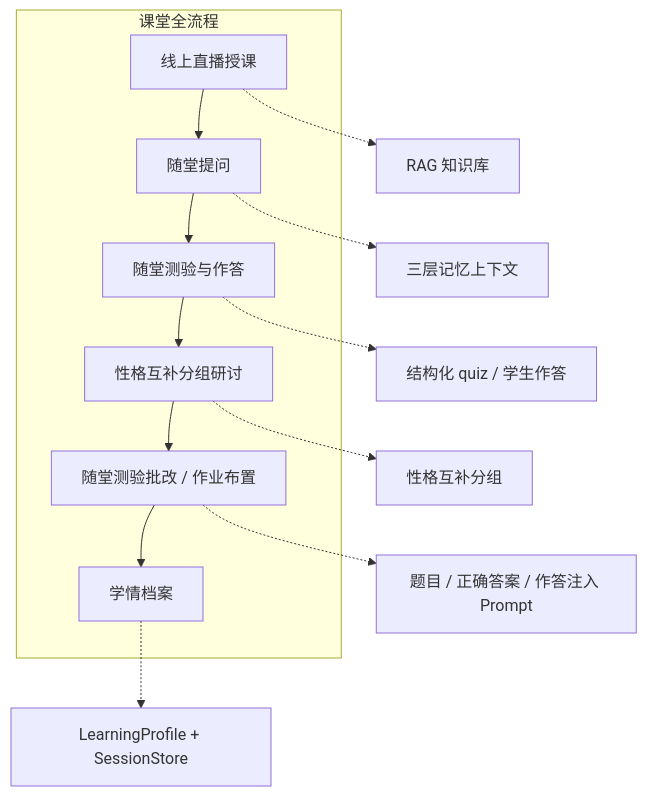
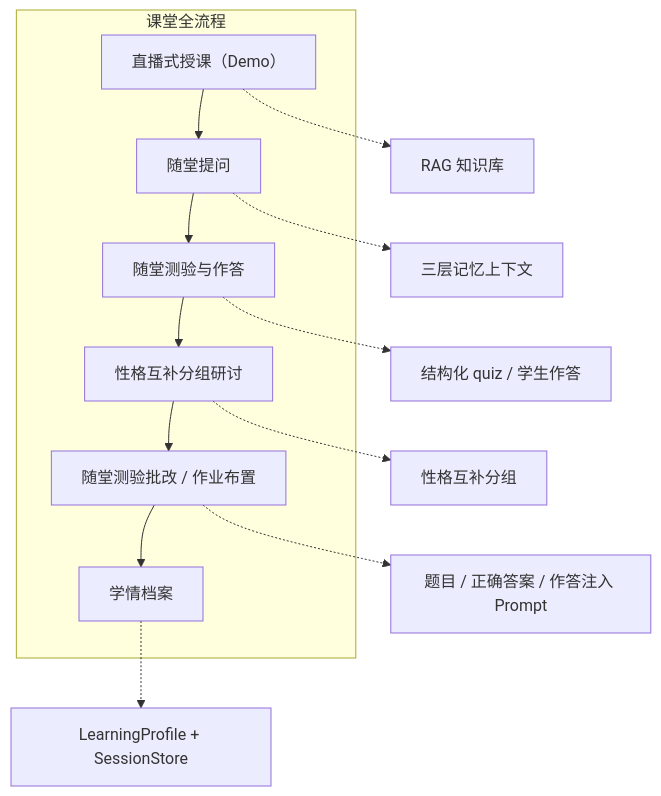
One commit to lz204/ai-classroom changed the fifth of 10 diagrams in AI_Classroom_多智能体互动教学课堂_项目文档.md. Above: the diagram before and after it, drawn with Mermaid. The commit also changed other lines of this file and 1 other file, not shown here.

````diff
--- a/AI_Classroom_多智能体互动教学课堂_项目文档.md
+++ b/AI_Classroom_多智能体互动教学课堂_项目文档.md
@@ -274,19 +299,19 @@
 ```mermaid
 graph TD
     subgraph 课堂全流程
-        P1[线上直播授课]
+        P1[直播式授课（Demo）]
         P2[随堂提问]
         P3[随堂测验与作答]
         P4[性格互补分组研讨]
         P5[随堂测验批改 / 作业布置]
         P6[学情档案]
     end
 
     P1 --> P2 --> P3 --> P4 --> P5 --> P6
     P1 -.-> R1[RAG 知识库]
     P2 -.-> R2[三层记忆上下文]
     P3 -.-> R3[结构化 quiz / 学生作答]
     P4 -.-> R4[性格互补分组]
     P5 -.-> R5[题目 / 正确答案 / 作答注入 Prompt]
     P6 -.-> R6[LearningProfile + SessionStore]
 ```
````
